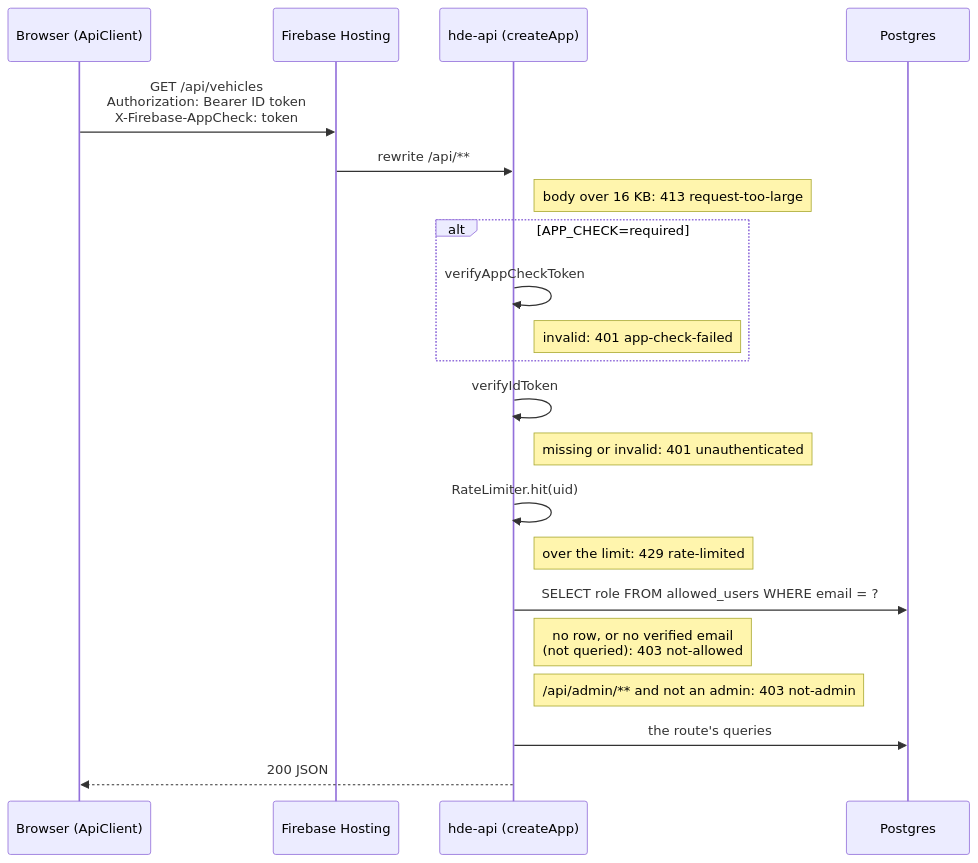
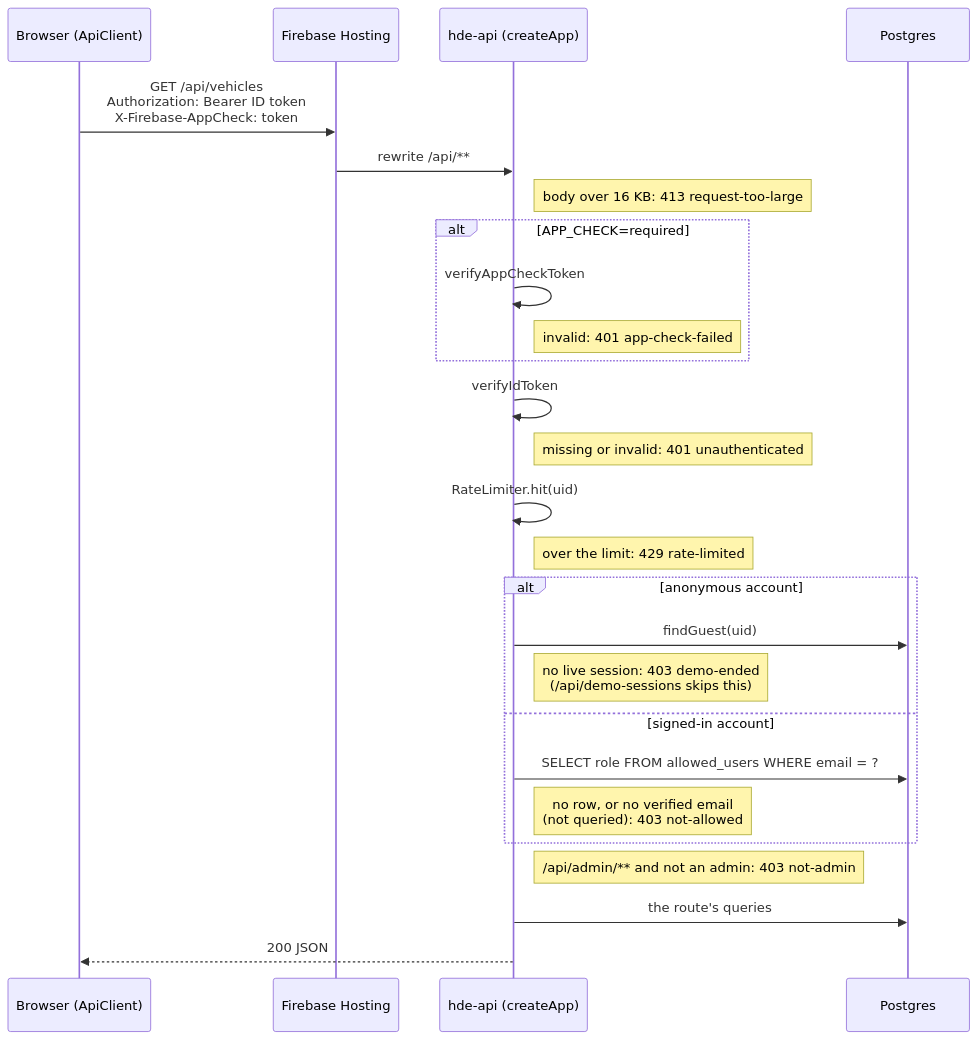
The third of 9 diagrams in ARCHITECTURE.md (Valiance-Studios/halo-drivers-ed), drawn with Mermaid before and after one commit. The commit also changed other lines of this file and 35 other files, not shown here.

````diff
--- a/ARCHITECTURE.md
+++ b/ARCHITECTURE.md
@@ -123,24 +128,29 @@
 ```mermaid
 sequenceDiagram
     participant B as Browser (ApiClient)
     participant H as Firebase Hosting
     participant A as hde-api (createApp)
     participant P as Postgres
 
     B->>H: GET /api/vehicles<br/>Authorization: Bearer ID token<br/>X-Firebase-AppCheck: token
     H->>A: rewrite /api/**
     Note right of A: body over 16 KB: 413 request-too-large
     alt APP_CHECK=required
         A->>A: verifyAppCheckToken
         Note right of A: invalid: 401 app-check-failed
     end
     A->>A: verifyIdToken
     Note right of A: missing or invalid: 401 unauthenticated
     A->>A: RateLimiter.hit(uid)
     Note right of A: over the limit: 429 rate-limited
-    A->>P: SELECT role FROM allowed_users WHERE email = ?
-    Note right of A: no row, or no verified email<br/>(not queried): 403 not-allowed
+    alt anonymous account
+        A->>P: findGuest(uid)
+        Note right of A: no live session: 403 demo-ended<br/>(/api/demo-sessions skips this)
+    else signed-in account
+        A->>P: SELECT role FROM allowed_users WHERE email = ?
+        Note right of A: no row, or no verified email<br/>(not queried): 403 not-allowed
+    end
     Note right of A: /api/admin/** and not an admin: 403 not-admin
     A->>P: the route's queries
     A-->>B: 200 JSON
 ```
````
